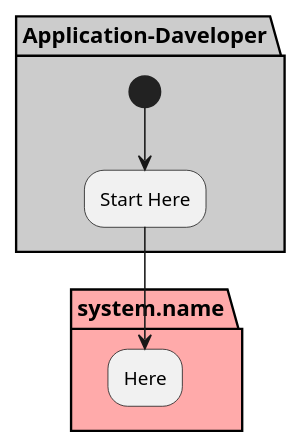
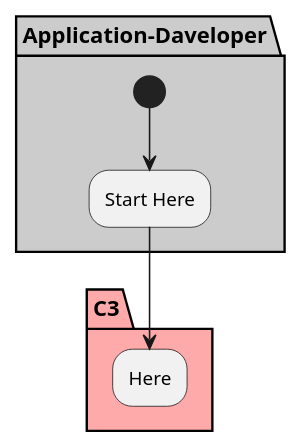
Before and after one commit to CAADE/C3: the diagram in docs/Actors/Application-Developer/Activity.puml, drawn with PlantUML. The commit also changed 256 other files, not shown here.

```diff
--- a/docs/Actors/Application-Developer/Activity.puml
+++ b/docs/Actors/Application-Developer/Activity.puml
@@ -1,12 +1,12 @@
 @startuml
 
 
 partition "Application-Daveloper"  #cccccc {
   (*) --> "Start Here"
 }
 
-partition "system.name" #ffaaaa {
+partition "C3" #ffaaaa {
   "Start Here" --> "Here"
 }
 
 @enduml
```
